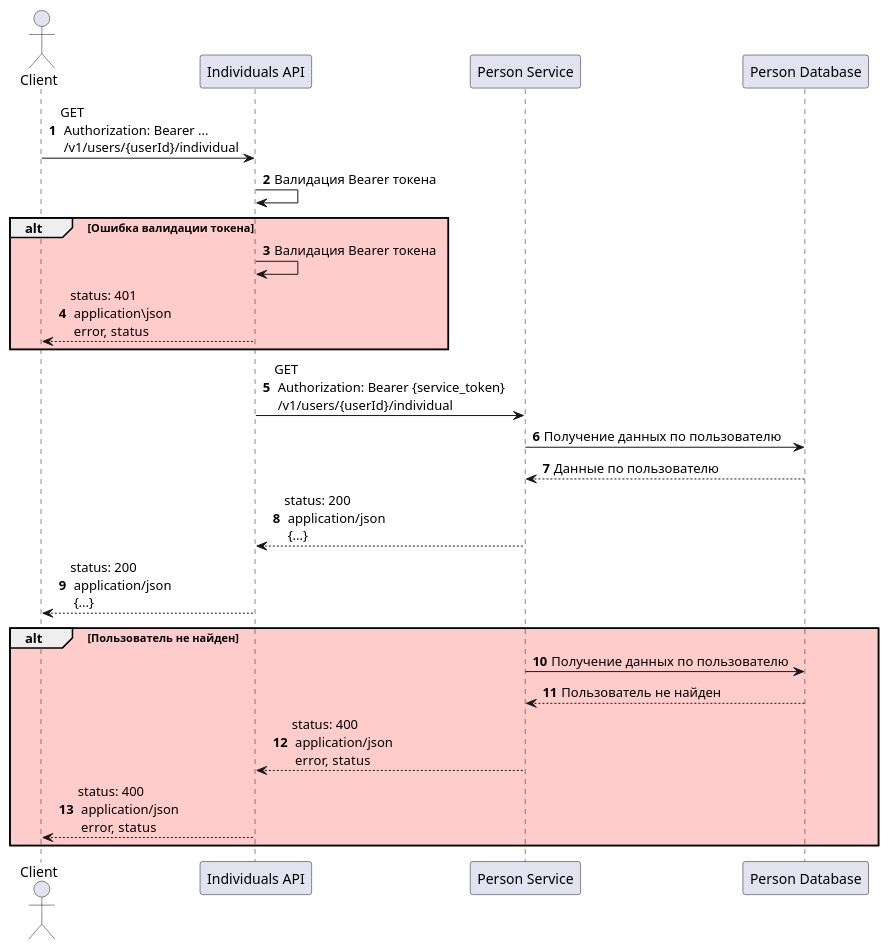
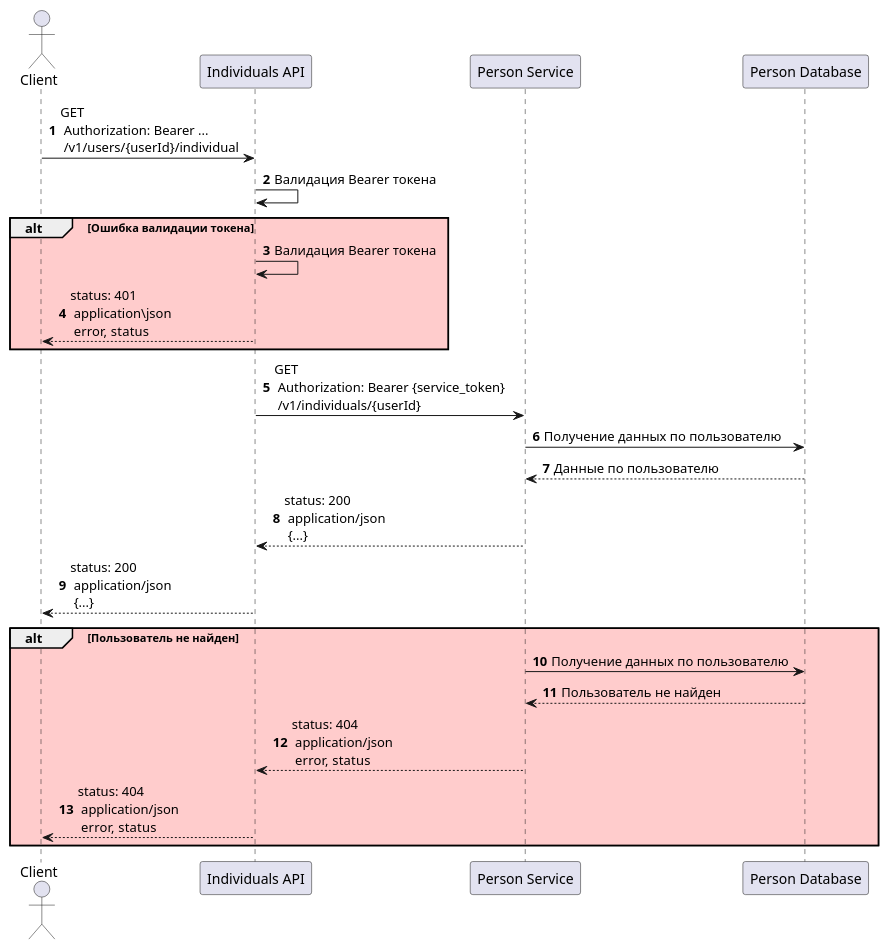
One commit to Ersted-me/payment-system changed the diagram in architecture/sequence/user-info.puml. Above: the diagram before and after it, drawn with PlantUML. The commit also changed 5 other files, not shown here.

Commit message:
update person-open-api

```diff
--- a/architecture/sequence/user-info.puml
+++ b/architecture/sequence/user-info.puml
@@ -1,32 +1,32 @@
 @startuml
 
 autonumber
 
 actor Client as client
 participant "Individuals API" as api
 participant "Person Service" as person
 participant "Person Database" as personDb
 
 
 client -> api: GET \n Authorization: Bearer ... \n /v1/users/{userId}/individual
 api -> api: Валидация Bearer токена
 
 alt #FFCCCC Ошибка валидации токена
 api -> api: Валидация Bearer токена
 api --> client: status: 401 \n application\json \n error, status
 end
 
-api -> person: GET \n Authorization: Bearer {service_token} \n /v1/users/{userId}/individual
+api -> person: GET \n Authorization: Bearer {service_token} \n /v1/individuals/{userId}
 person -> personDb: Получение данных по пользователю
 personDb --> person: Данные по пользователю
 person --> api: status: 200 \n application/json \n {...}
 api --> client: status: 200 \n application/json \n {...}
 
 alt #FFCCCC Пользователь не найден
 person -> personDb: Получение данных по пользователю
 personDb --> person: Пользователь не найден
-person --> api: status: 400 \n application/json \n error, status
-api --> client: status: 400 \n application/json \n error, status
+person --> api: status: 404 \n application/json \n error, status
+api --> client: status: 404 \n application/json \n error, status
 end
 
 @enduml
```
